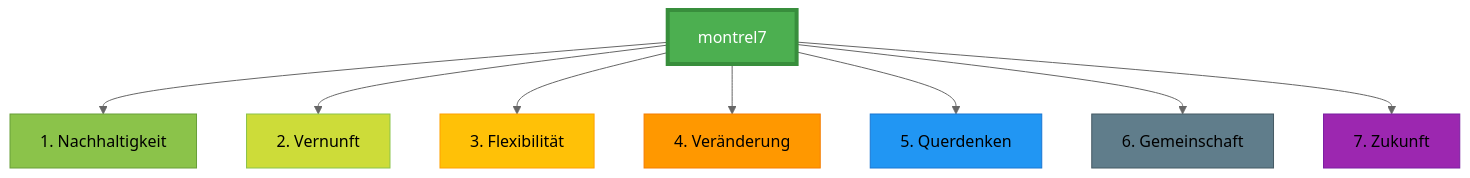
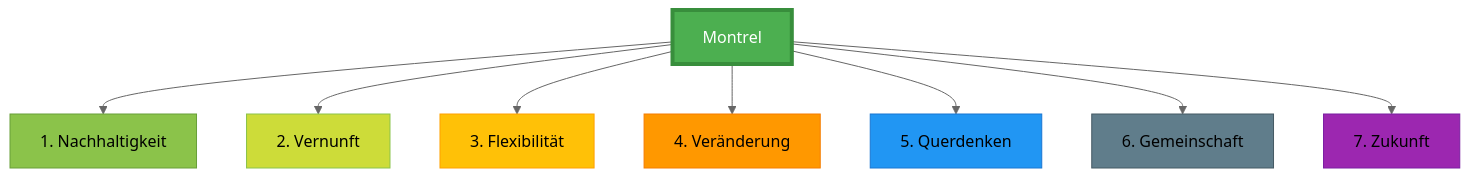
The diagram in profile/README.md (Montrel7/.github), drawn with Mermaid (neutral theme) before and after one commit. The commit also changed other lines of this file, not shown here.

````diff
--- a/profile/README.md
+++ b/profile/README.md
@@ -22,19 +18,19 @@
 ```mermaid
 graph TD
-    A[montrel7] --> B[1. Nachhaltigkeit]
+    A[Montrel] --> B[1. Nachhaltigkeit]
     A --> C[2. Vernunft]
     A --> D[3. Flexibilität]
     A --> E[4. Veränderung]
     A --> F[5. Querdenken]
     A --> G[6. Gemeinschaft]
     A --> H[7. Zukunft]
     
     style A fill:#4CAF50,stroke:#388E3C,stroke-width:4px,color:#fff
     style B fill:#8BC34A,stroke:#689F38
     style C fill:#CDDC39,stroke:#8BC34A
     style D fill:#FFC107,stroke:#FFA000
     style E fill:#FF9800,stroke:#F57C00
     style F fill:#2196F3,stroke:#1976D2
     style G fill:#607D8B,stroke:#455A64
     style H fill:#9C27B0,stroke:#7B1FA2
 ```
````
